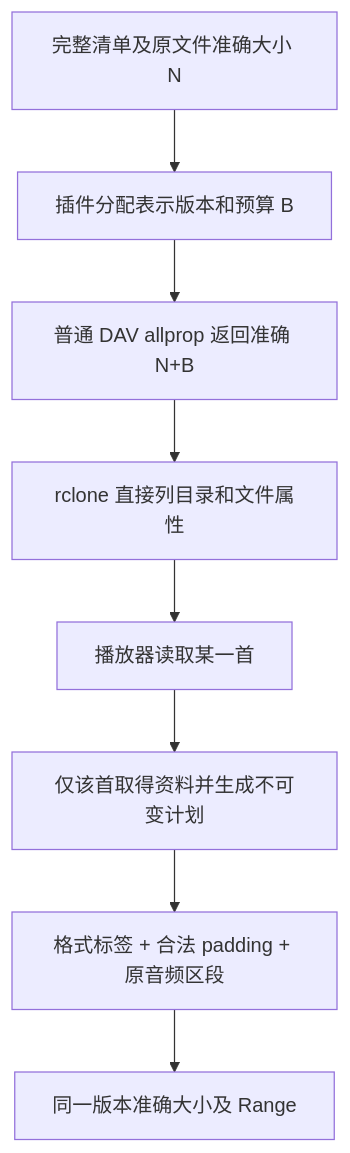
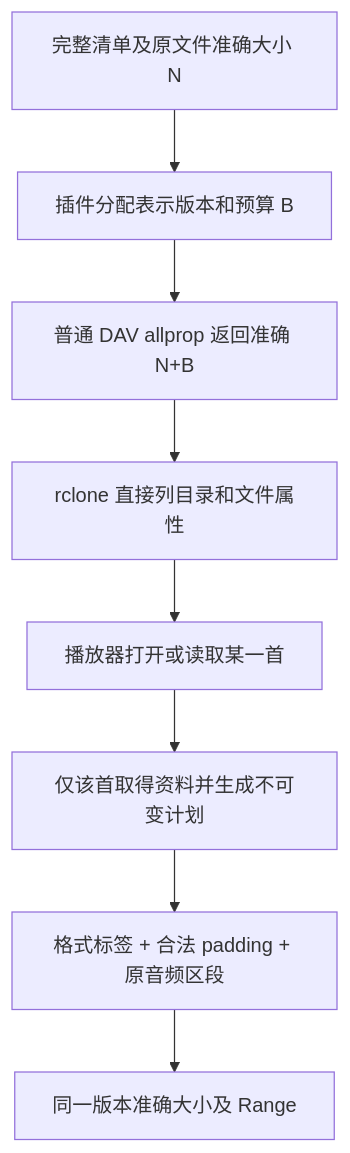
One commit to shengyusi-SYS/musicfs changed the diagram in docs/verification/lazy-mount-feasibility.md. Above: the diagram before and after it, drawn with Mermaid. The commit also changed other lines of this file and 4 other files, not shown here.

````diff
--- a/docs/verification/lazy-mount-feasibility.md
+++ b/docs/verification/lazy-mount-feasibility.md
@@ -31,10 +31,10 @@
 ```mermaid
 flowchart TD
   Catalogue[完整清单及原文件准确大小 N] --> Describe[插件分配表示版本和预算 B]
   Describe --> Listing[普通 DAV allprop 返回准确 N+B]
   Listing --> Disk[rclone 直接列目录和文件属性]
-  Disk --> Read[播放器读取某一首]
+  Disk --> Read[播放器打开或读取某一首]
   Read --> Resolve[仅该首取得资料并生成不可变计划]
   Resolve --> Padding[格式标签 + 合法 padding + 原音频区段]
   Padding --> Range[同一版本准确大小及 Range]
 ```
````
